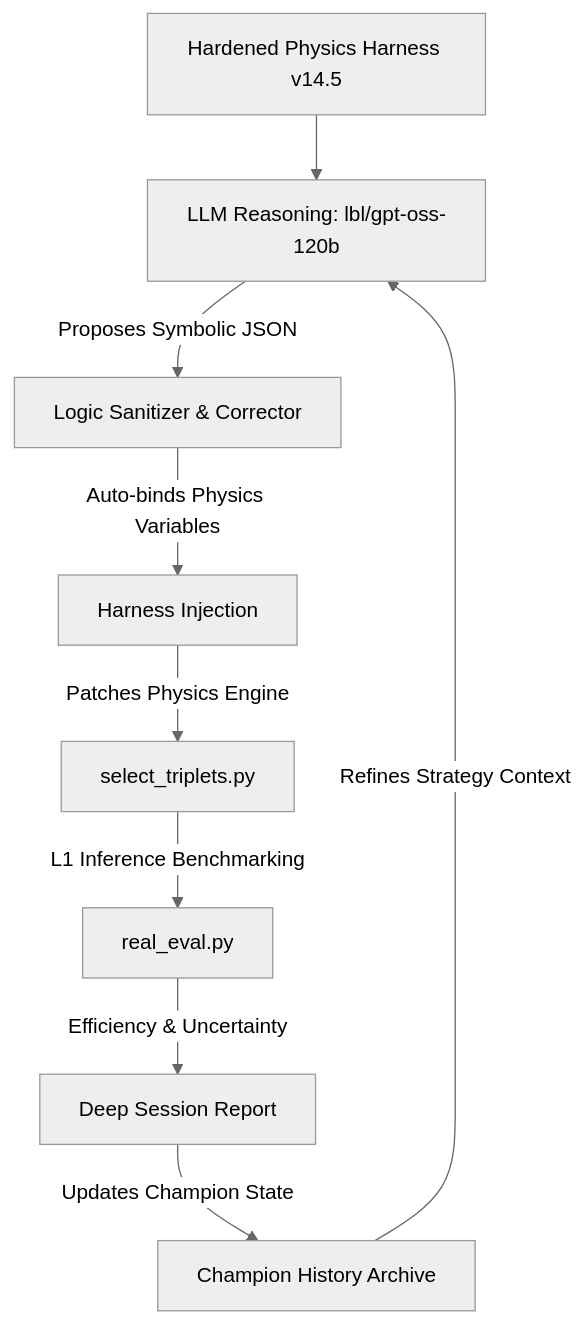
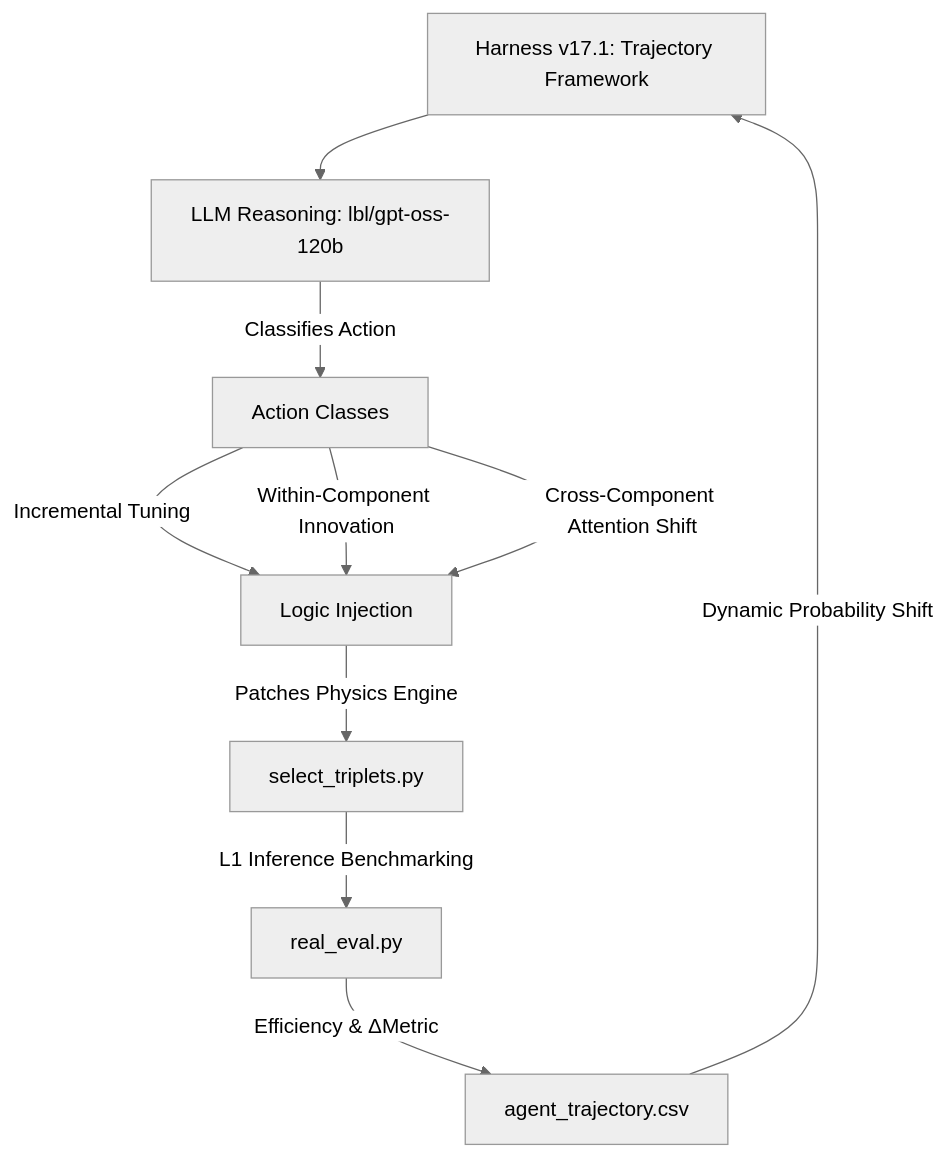
The diagram in README.md (yellowchicken280/codex_topreconstruction), drawn with Mermaid (neutral theme) before and after one commit. The commit also changed other lines of this file and 7 other files, not shown here.

Commit message:
feat: Implement Trajectory Analysis Framework (v17.1) with Action Classification and Exponential Probability Decay. Surpassed 32k evaluations.

````diff
--- a/README.md
+++ b/README.md
@@ -11,11 +11,12 @@
 ```mermaid
 graph TD
-    A[Hardened Physics Harness v14.5] --> B[LLM Reasoning: lbl/gpt-oss-120b]
-    B -->|Proposes Symbolic JSON| C[Logic Sanitizer & Corrector]
-    C -->|Auto-binds Physics Variables| D[Harness Injection]
+    A[Harness v17.1: Trajectory Framework] --> B[LLM Reasoning: lbl/gpt-oss-120b]
+    B -->|Classifies Action| C[Action Classes]
+    C -->|Incremental Tuning| D[Logic Injection]
+    C -->|Within-Component Innovation| D
+    C -->|Cross-Component Attention Shift| D
     D -->|Patches Physics Engine| E[select_triplets.py]
     E -->|L1 Inference Benchmarking| F[real_eval.py]
-    F -->|Efficiency & Uncertainty| G[Deep Session Report]
-    G -->|Updates Champion State| H[Champion History Archive]
-    H -->|Refines Strategy Context| B
+    F -->|Efficiency & ΔMetric| G[agent_trajectory.csv]
+    G -->|Dynamic Probability Shift| A
 ```
````
